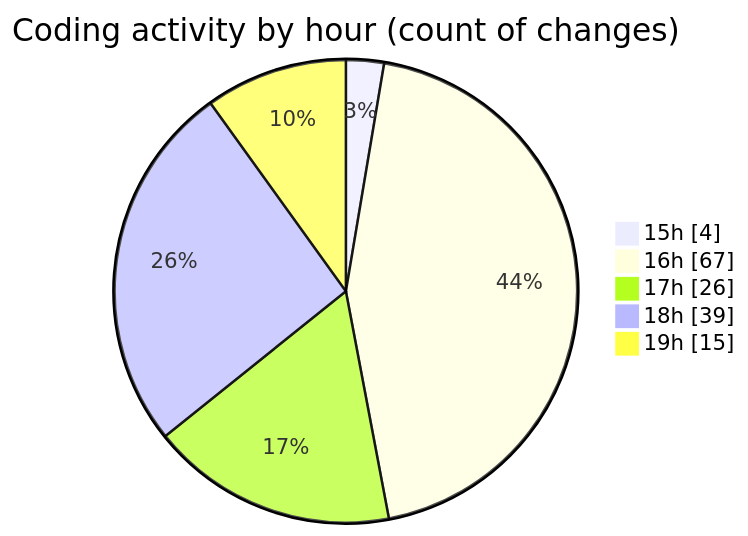
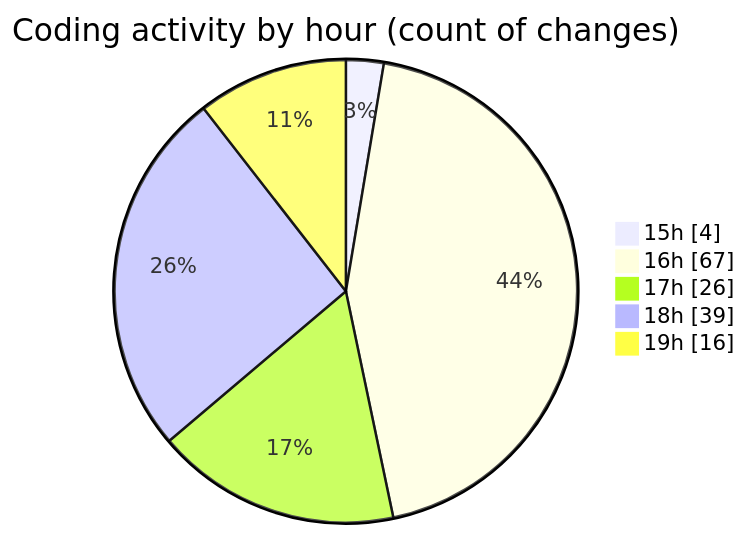
One commit to Ritupan-Deka/code-tracking changed the second of 2 diagrams in 2025-05-26/zip_file/README.md. Above: the diagram before and after it, drawn with Mermaid. The commit also changed other lines of this file and 1 other file, not shown here.

````diff
--- a/2025-05-26/zip_file/README.md
+++ b/2025-05-26/zip_file/README.md
@@ -44,9 +44,9 @@
 ```mermaid
 pie showData
 title Coding activity by hour (count of changes)
 "15h" : 4
 "16h" : 67
 "17h" : 26
 "18h" : 39
-"19h" : 15
+"19h" : 16
 ```
````
